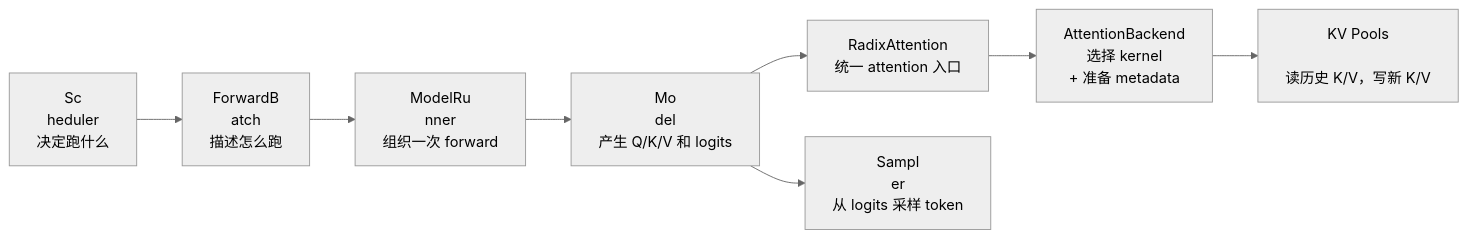
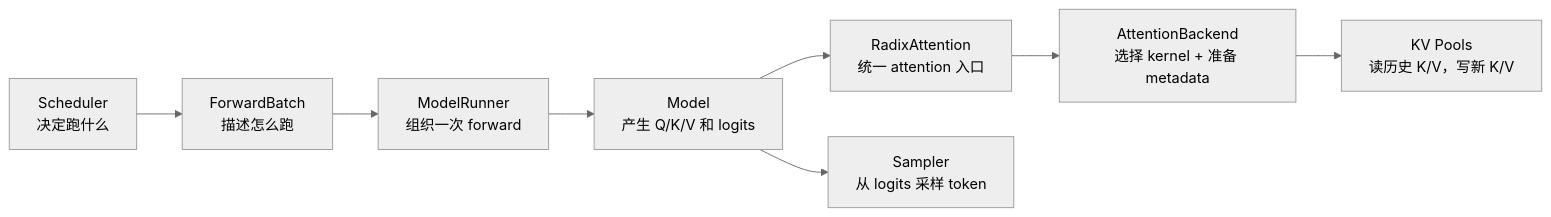
Before and after one commit to cl-vv-h/AI_Infra_Tutor_Page: diagram 15 of 15 in src/data/sglang-content/sglang-source-reading/04-model-runner-attention.md, drawn with Mermaid (neutral theme). The commit also changed other lines of this file and 25 other files, not shown here.

Commit message:
Fix markdown rendering with react-markdown, add SGLang knowledge graph

````diff
--- a/src/data/sglang-content/sglang-source-reading/04-model-runner-attention.md
+++ b/src/data/sglang-content/sglang-source-reading/04-model-runner-attention.md
@@ -1142,19 +640,10 @@
 ```mermaid
 flowchart LR
-  A["Sc
-heduler<br/>决定跑什么"] --> B["ForwardB
-atch<br/>描述怎么跑"]
-  B --> C["ModelRu
-nner<br/>组织一次 forward"]
-  C --> D["Mo
-del<br/>产生 Q/K/V 和 logits"]
-  D --> E["
-RadixAttention<br/>统一 attention 入口"]
-
-  E --> F["AttentionBackend<br/>选择 kernel
- + 准备 metadata"]
-  F --> G["KV Pools<br/>
-读历史 K/V，写新 K/V"]
-  D --> H["Sampl
-er<br/>从 logits 采样 token"]
+  A["Scheduler<br/>决定跑什么"] --> B["ForwardBatch<br/>描述怎么跑"]
+  B --> C["ModelRunner<br/>组织一次 forward"]
+  C --> D["Model<br/>产生 Q/K/V 和 logits"]
+  D --> E["RadixAttention<br/>统一 attention 入口"]
+  E --> F["AttentionBackend<br/>选择 kernel + 准备 metadata"]
+  F --> G["KV Pools<br/>读历史 K/V，写新 K/V"]
+  D --> H["Sampler<br/>从 logits 采样 token"]
 ```
````
